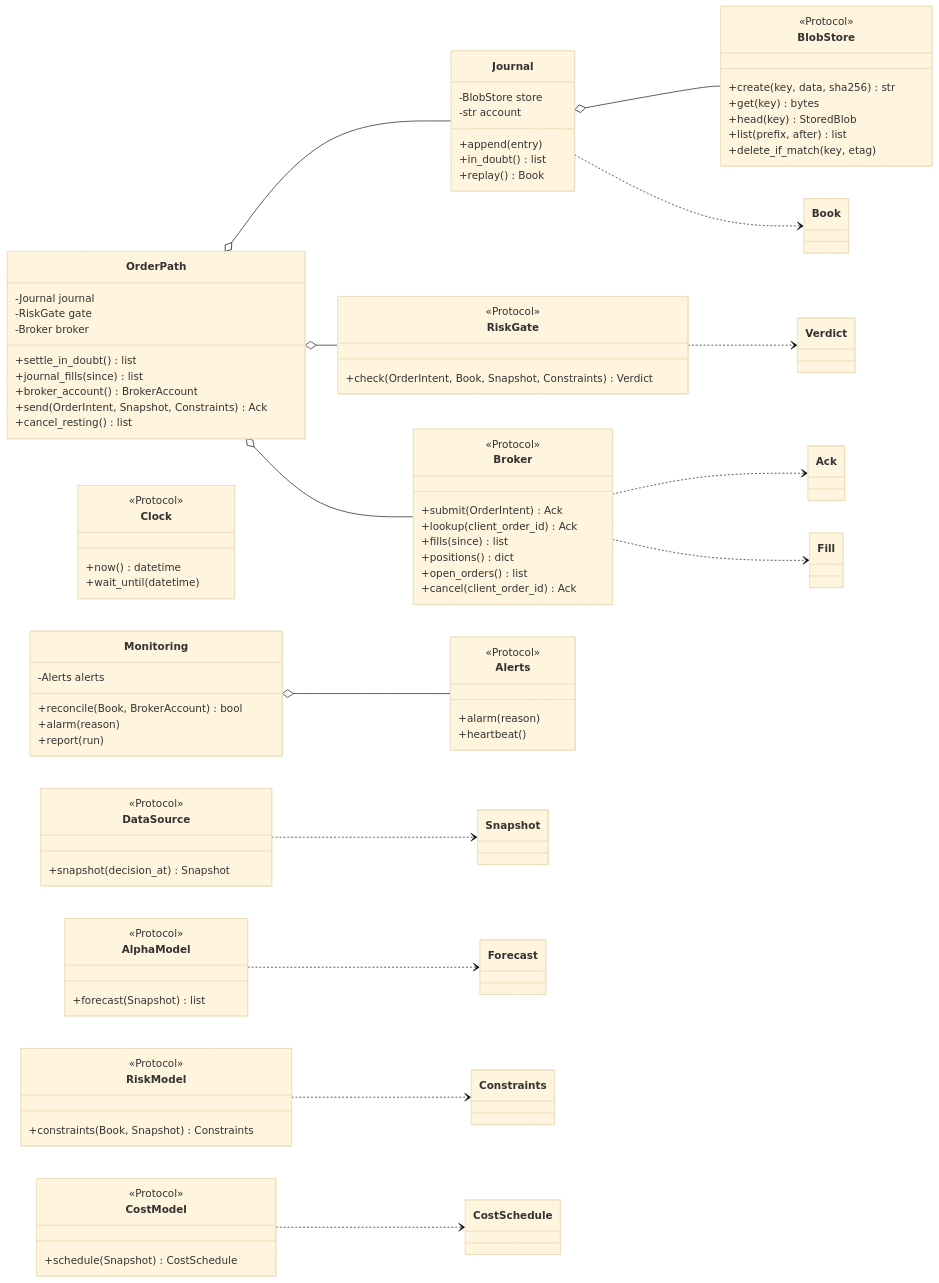
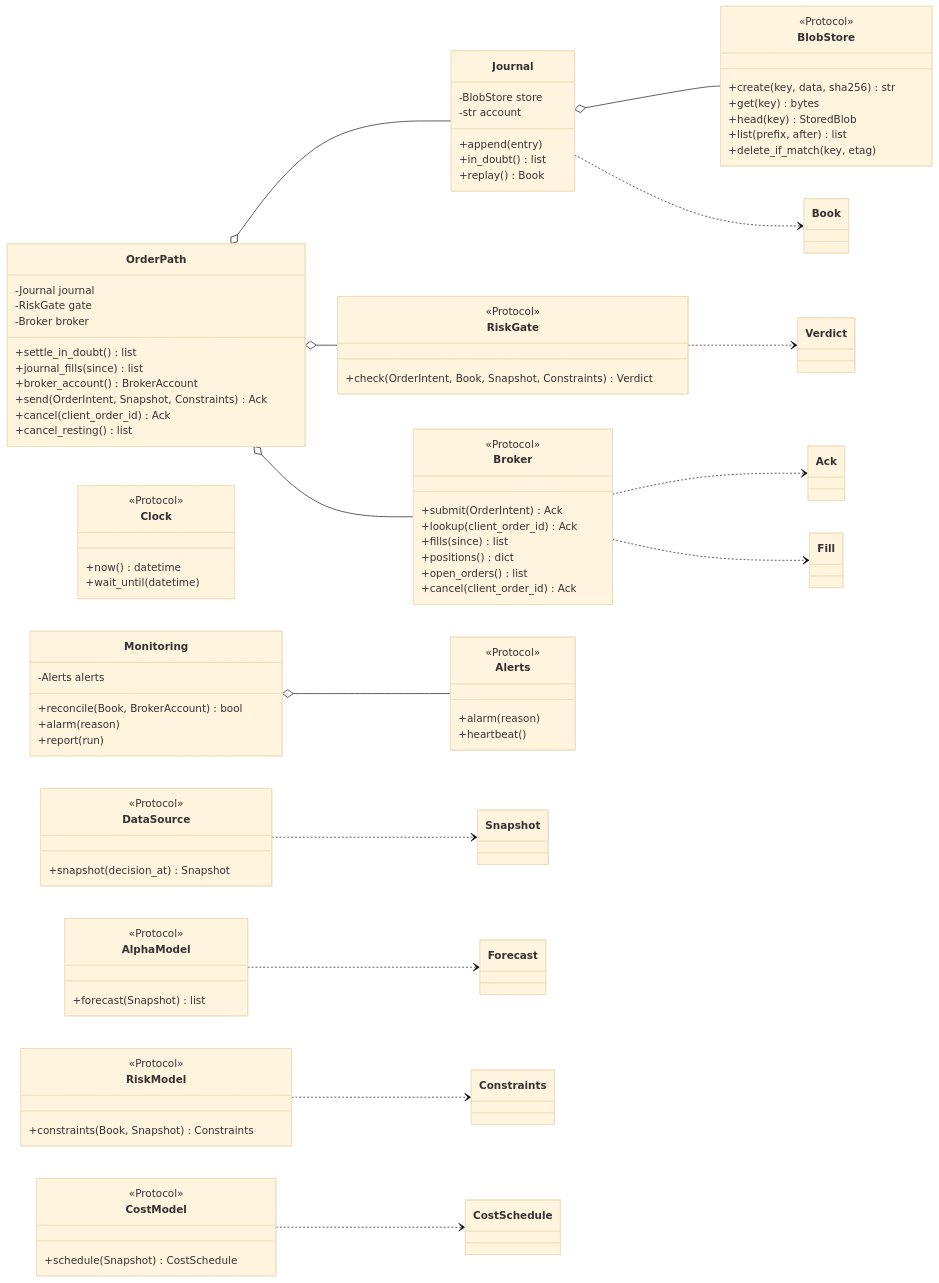
Before and after one commit to l3a0/ithildin-runtime: diagram 11 of 16 in docs/architecture.md, drawn with Mermaid (base theme). The commit also changed other lines of this file and 1 other file, not shown here.

```diff
--- a/docs/architecture.md
+++ b/docs/architecture.md
@@ -1139,6 +1161,7 @@
         +journal_fills(since) list
         +broker_account() BrokerAccount
         +send(OrderIntent, Snapshot, Constraints) Ack
+        +cancel(client_order_id) Ack
         +cancel_resting() list
     }
     class Monitoring {
```
